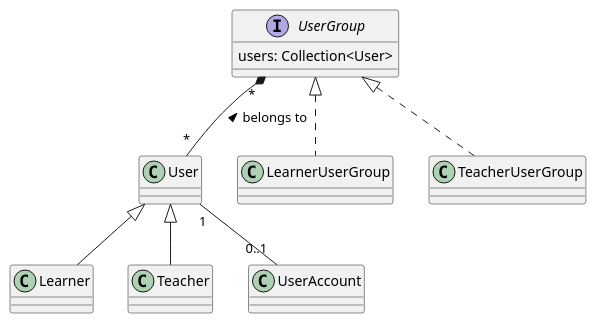
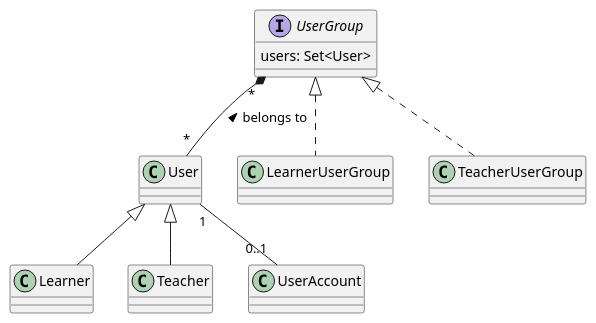
The diagram in docs/technical/uml/user.puml (elaastic/ElaastiX), drawn with PlantUML before and after one commit. The commit also changed 4 other files, not shown here.

Commit message:
doc(model): Use Set instead of Collection when unicity matters

```diff
--- a/docs/technical/uml/user.puml
+++ b/docs/technical/uml/user.puml
@@ -1,19 +1,19 @@
 @startuml(id=User)
 'https://plantuml.com/class-diagram
 
 class User
 class Learner extends User
 class Teacher extends User
 
 interface UserGroup {
-    users: Collection<User>
+    users: Set<User>
 }
 
 class LearnerUserGroup implements UserGroup
 class TeacherUserGroup implements UserGroup
 
 UserGroup "*" *-- "*" User : belongs to <
 
 User "1" -- "0..1" UserAccount
 
 @enduml
```
